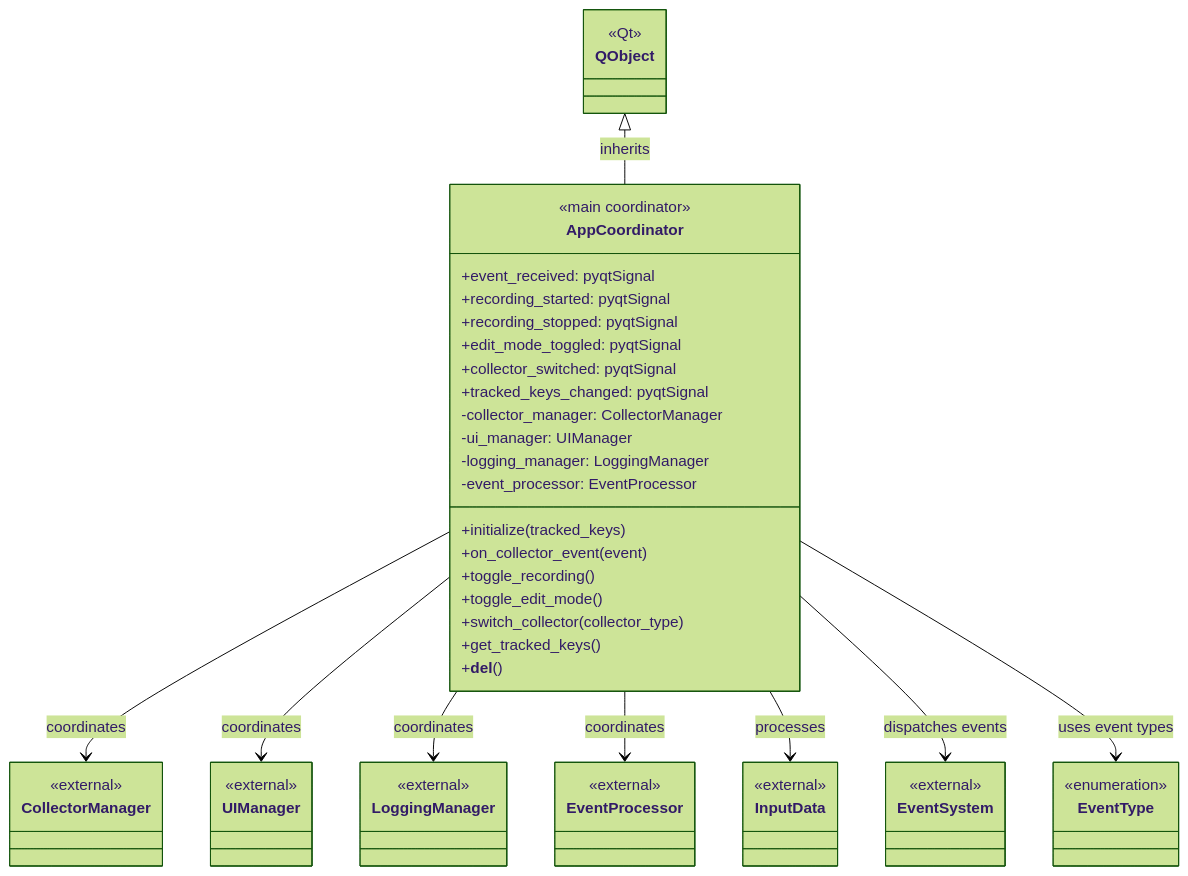
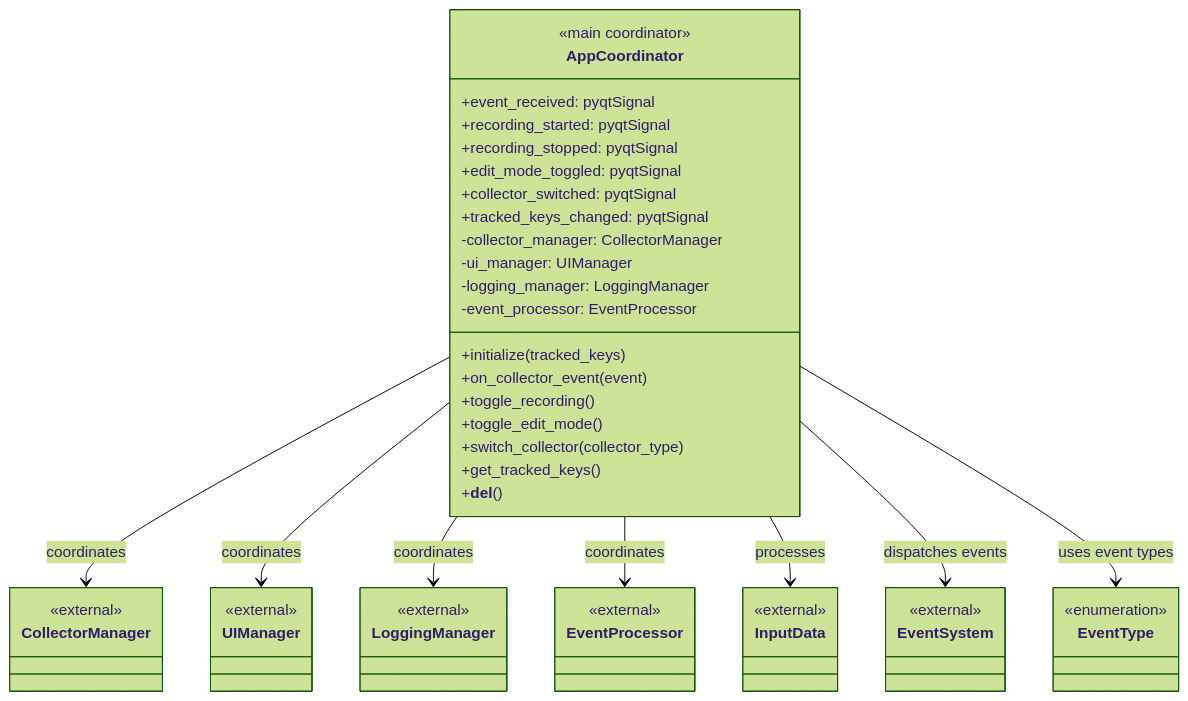
Before and after one commit to PabloSoage/NeuroSync-Framework: the diagram in Diagrams/InputCollector/final_diagrams/ic_app_coordinator.md, drawn with Mermaid (forest theme). The commit also changed 52 other files, not shown here.

````diff
--- a/Diagrams/InputCollector/final_diagrams/ic_app_coordinator.md
+++ b/Diagrams/InputCollector/final_diagrams/ic_app_coordinator.md
@@ -1,74 +1,67 @@
 ```mermaid
 classDiagram
     direction TB
 
     %% Main Application Coordinator
     class AppCoordinator {
         <<main coordinator>>
         +event_received: pyqtSignal
         +recording_started: pyqtSignal
         +recording_stopped: pyqtSignal
         +edit_mode_toggled: pyqtSignal
         +collector_switched: pyqtSignal
         +tracked_keys_changed: pyqtSignal
 
         -collector_manager: CollectorManager
         -ui_manager: UIManager
         -logging_manager: LoggingManager
         -event_processor: EventProcessor
 
         +initialize(tracked_keys)
         +on_collector_event(event)
         +toggle_recording()
         +toggle_edit_mode()
         +switch_collector(collector_type)
         +get_tracked_keys()
         +__del__()
     }
 
     %% External Dependencies (references only, no attributes/methods)
     class CollectorManager {
         <<external>>
     }
 
     class UIManager {
         <<external>>
     }
 
     class LoggingManager {
         <<external>>
     }
 
     class EventProcessor {
         <<external>>
     }
 
     class InputData {
         <<external>>
     }
 
     class EventSystem {
         <<external>>
     }
 
     class EventType {
         <<enumeration>>
     }
 
-    %% Qt Base Class (reference only)
-    class QObject {
-        <<Qt>>
-    }
-
     %% Relationships
-    QObject <|-- AppCoordinator : inherits
-
     AppCoordinator --> CollectorManager : coordinates
     AppCoordinator --> UIManager : coordinates
     AppCoordinator --> LoggingManager : coordinates
     AppCoordinator --> EventProcessor : coordinates
 
     AppCoordinator --> InputData : processes
     AppCoordinator --> EventSystem : dispatches events
     AppCoordinator --> EventType : uses event types
 ```
````
